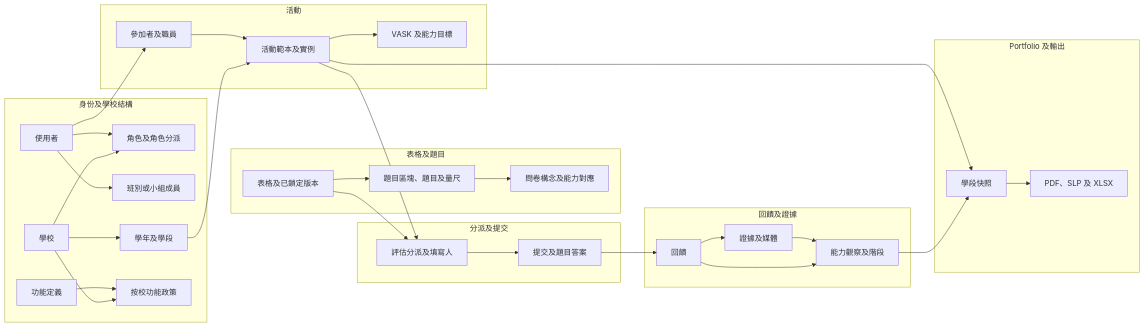
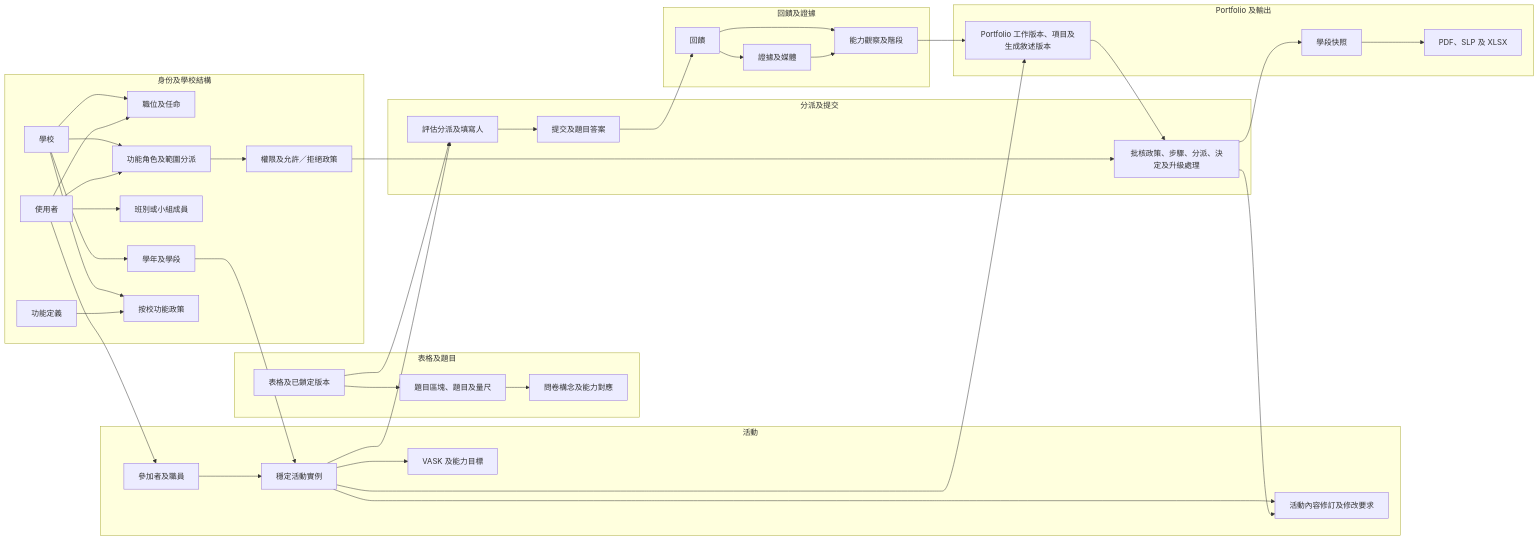
One commit to heison-octopus/testing-port changed diagram 12 of 13 in output/Chinese/核心資料關係.md. Above: the diagram before and after it, drawn with Mermaid. The commit also changed other lines of this file and 117 other files, not shown here.

````diff
--- a/output/Chinese/核心資料關係.md
+++ b/output/Chinese/核心資料關係.md
@@ -529,53 +566,64 @@
 ```mermaid
 flowchart LR
     subgraph Identity[身份及學校結構]
         S[學校]
         U[使用者]
-        R[角色及角色分派]
+        P[職位及任命]
+        R[功能角色及範圍分派]
+        C[權限及允許／拒絕政策]
         G[班別或小組成員]
         AP[學年及學段]
         FD[功能定義]
         SFP[按校功能政策]
     end
     subgraph Activity[活動]
-        AT[活動範本及實例]
+        AT[穩定活動實例]
+        AR[活動內容修訂及修改要求]
         People[參加者及職員]
         AV[VASK 及能力目標]
     end
     subgraph Instrument[表格及題目]
         F[表格及已鎖定版本]
         Q[題目區塊、題目及量尺]
         Map[問卷構念及能力對應]
     end
     subgraph Workflow[分派及提交]
         Assign[評估分派及填寫人]
         Submit[提交及題目答案]
+        Approve[批核政策、步驟、分派、決定及升級處理]
     end
     subgraph Proof[回饋及證據]
         FB[回饋]
         EV[證據及媒體]
         OBS[能力觀察及階段]
     end
     subgraph Delivery[Portfolio 及輸出]
+        Work[Portfolio 工作版本、項目及生成敘述版本]
         Snap[學段快照]
         Export[PDF、SLP 及 XLSX]
     end
 
+    S --> P
+    U --> P
     S --> R
     U --> R
+    R --> C
     U --> G
     S --> AP
     S --> SFP
     FD --> SFP
-    AP --> AT
+    AP --> AT --> AR
     U --> People --> AT
     AT --> AV
     F --> Q --> Map
     AT --> Assign
     F --> Assign --> Submit
+    C --> Approve
+    Approve --> AR
     Submit --> FB --> EV
     FB --> OBS
     EV --> OBS
-    OBS --> Snap
-    AT --> Snap --> Export
+    OBS --> Work
+    AT --> Work
+    Work --> Approve --> Snap --> Export
 ```
````
